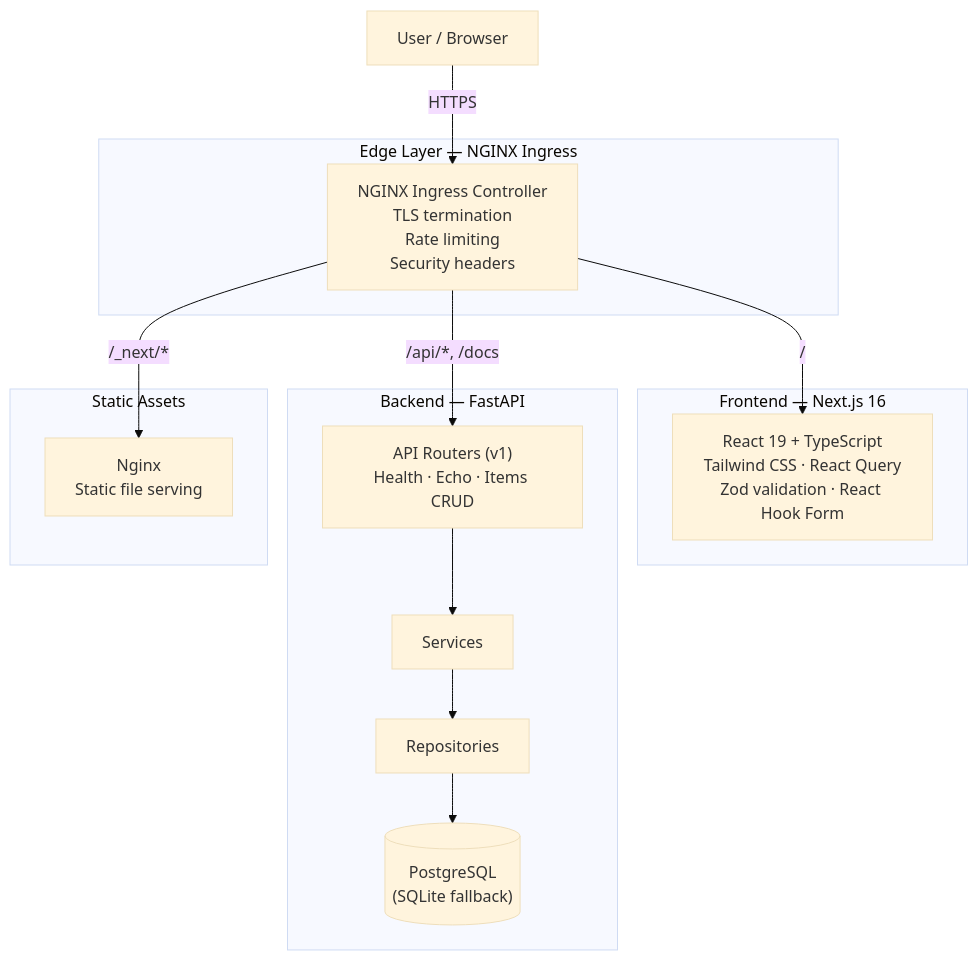
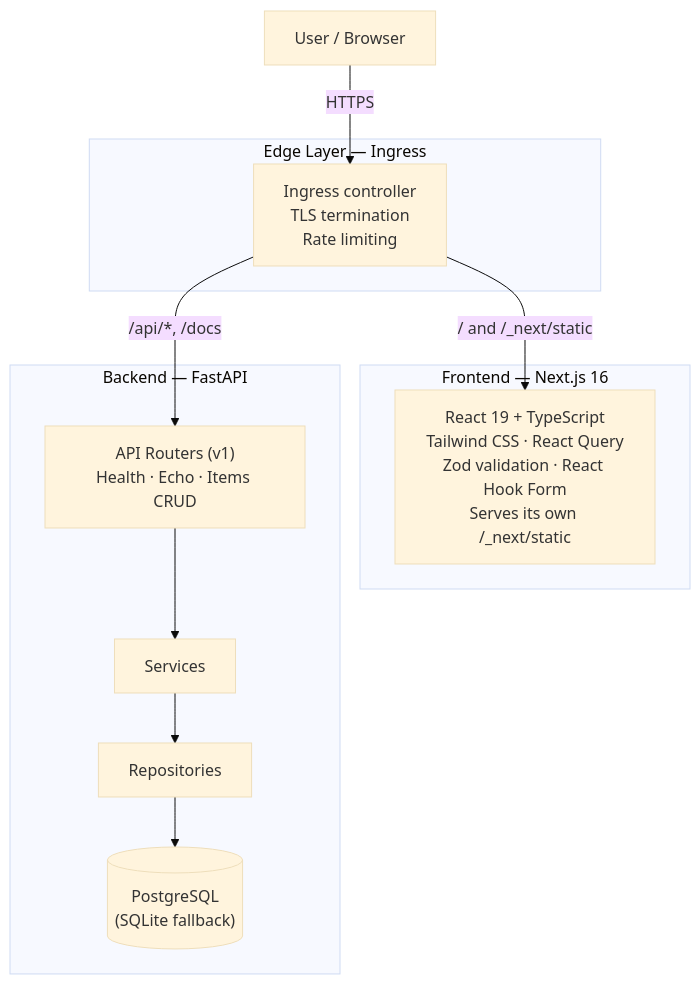
Before and after one commit to berserkhmdvhb/fullstack_template: the diagram in wiki/README.md, drawn with Mermaid (base theme). The commit also changed other lines of this file and 24 other files, not shown here.

Commit message:
docs: describe the two-image architecture; the Next.js server serves its own assets

````diff
--- a/wiki/README.md
+++ b/wiki/README.md
@@ -24,29 +24,24 @@
 ```mermaid
 flowchart TB
     User["User / Browser"]
 
-    subgraph Edge["Edge Layer — NGINX Ingress"]
-        IC["NGINX Ingress Controller<br/>TLS termination<br/>Rate limiting<br/>Security headers"]
+    subgraph Edge["Edge Layer — Ingress"]
+        IC["Ingress controller<br/>TLS termination<br/>Rate limiting"]
     end
 
     subgraph Frontend["Frontend — Next.js 16"]
-        FE["React 19 + TypeScript<br/>Tailwind CSS · React Query<br/>Zod validation · React Hook Form"]
+        FE["React 19 + TypeScript<br/>Tailwind CSS · React Query<br/>Zod validation · React Hook Form<br/>Serves its own /_next/static"]
     end
 
     subgraph Backend["Backend — FastAPI"]
         API["API Routers (v1)<br/>Health · Echo · Items CRUD"]
         SVC["Services"]
         REPO["Repositories"]
         DB[("PostgreSQL<br/>(SQLite fallback)")]
     end
 
-    subgraph Static["Static Assets"]
-        NGINX["Nginx<br/>Static file serving"]
-    end
-
     User -->|"HTTPS"| IC
-    IC -->|"/"| FE
+    IC -->|"/ and /_next/static"| FE
     IC -->|"/api/*, /docs"| API
-    IC -->|"/_next/*"| NGINX
     API --> SVC --> REPO --> DB
 ```
````
